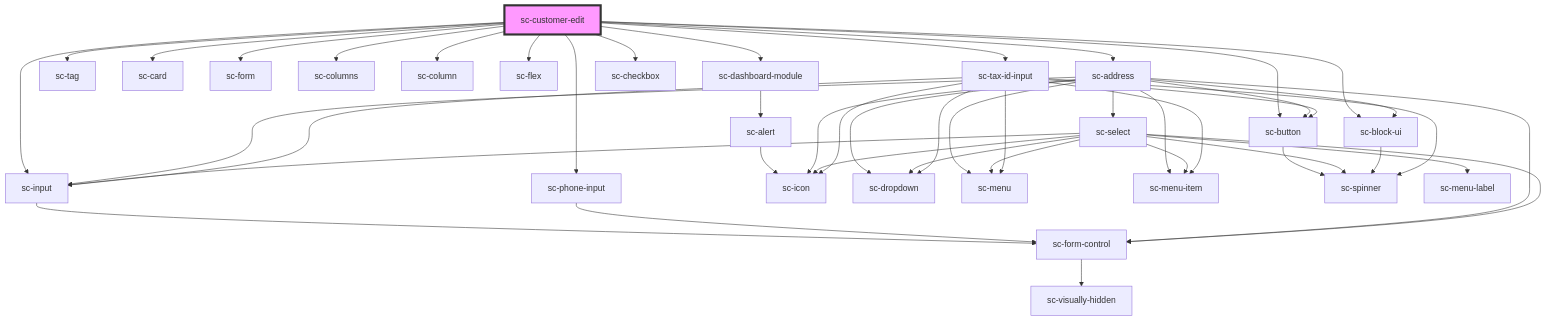
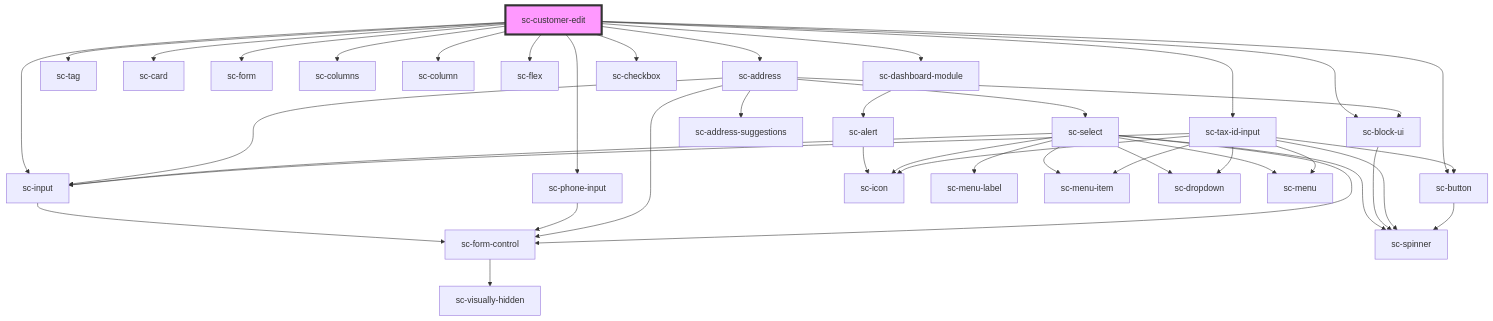
The diagram in packages/components/src/components/controllers/dashboard/customer-edit/readme.md (surecart/surecart-wp-plugin), drawn with Mermaid before and after one commit. The commit also changed 14 other files, not shown here.

````diff
--- a/packages/components/src/components/controllers/dashboard/customer-edit/readme.md
+++ b/packages/components/src/components/controllers/dashboard/customer-edit/readme.md
@@ -37,49 +37,45 @@
 ```mermaid
 graph TD;
   sc-customer-edit --> sc-dashboard-module
   sc-customer-edit --> sc-tag
   sc-customer-edit --> sc-card
   sc-customer-edit --> sc-form
   sc-customer-edit --> sc-columns
   sc-customer-edit --> sc-column
   sc-customer-edit --> sc-input
   sc-customer-edit --> sc-phone-input
   sc-customer-edit --> sc-flex
   sc-customer-edit --> sc-address
   sc-customer-edit --> sc-checkbox
   sc-customer-edit --> sc-tax-id-input
   sc-customer-edit --> sc-button
   sc-customer-edit --> sc-block-ui
   sc-dashboard-module --> sc-alert
   sc-alert --> sc-icon
   sc-input --> sc-form-control
   sc-form-control --> sc-visually-hidden
   sc-phone-input --> sc-form-control
-  sc-address --> sc-dropdown
-  sc-address --> sc-menu
-  sc-address --> sc-menu-item
-  sc-address --> sc-button
-  sc-address --> sc-icon
   sc-address --> sc-form-control
   sc-address --> sc-select
   sc-address --> sc-input
+  sc-address --> sc-address-suggestions
   sc-address --> sc-block-ui
-  sc-button --> sc-spinner
   sc-select --> sc-icon
   sc-select --> sc-menu-label
   sc-select --> sc-menu-item
   sc-select --> sc-form-control
   sc-select --> sc-dropdown
   sc-select --> sc-input
   sc-select --> sc-spinner
   sc-select --> sc-menu
   sc-block-ui --> sc-spinner
   sc-tax-id-input --> sc-icon
   sc-tax-id-input --> sc-input
   sc-tax-id-input --> sc-spinner
   sc-tax-id-input --> sc-dropdown
   sc-tax-id-input --> sc-button
   sc-tax-id-input --> sc-menu
   sc-tax-id-input --> sc-menu-item
+  sc-button --> sc-spinner
   style sc-customer-edit fill:#f9f,stroke:#333,stroke-width:4px
 ```
````
